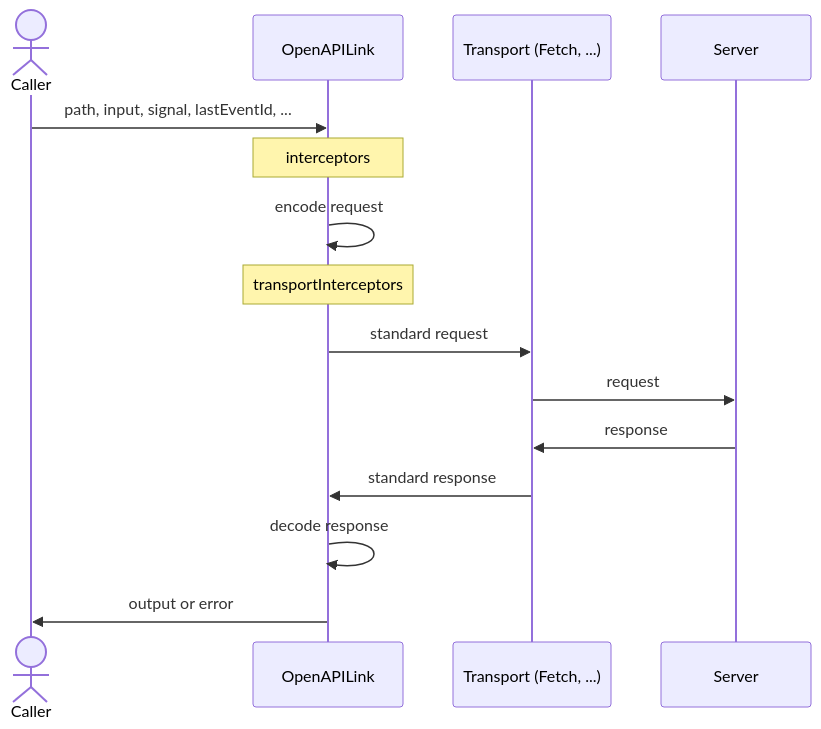
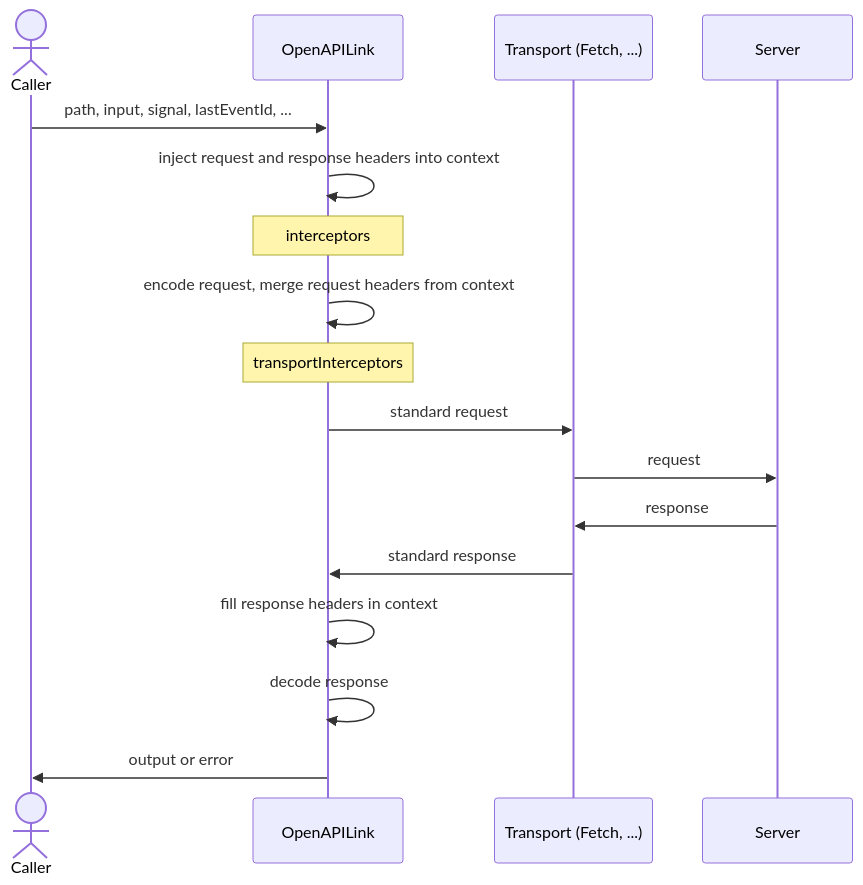
One commit to middleapi/orpc changed the diagram in apps/content/docs/openapi/link.mdx. Above: the diagram before and after it, drawn with Mermaid. The commit also changed 48 other files, not shown here.

````diff
--- a/apps/content/docs/openapi/link.mdx
+++ b/apps/content/docs/openapi/link.mdx
@@ -341,18 +341,20 @@
 ```mermaid
 sequenceDiagram
   actor Caller
   participant L as OpenAPILink
   participant Transport as Transport (Fetch, ...)
   participant Server
 
   Caller ->> L: path, input, signal, lastEventId, ...
+  L ->> L: inject request and response headers into context
   Note over L: interceptors
-  L ->> L: encode request
+  L ->> L: encode request, merge request headers from context
   Note over L: transportInterceptors
   L ->> Transport: standard request
   Transport ->> Server: request
   Server ->> Transport: response
   Transport ->> L: standard response
+  L ->> L: fill response headers in context
   L ->> L: decode response
   L ->> Caller: output or error
 ```
````
